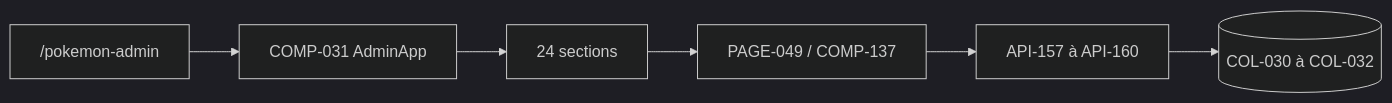
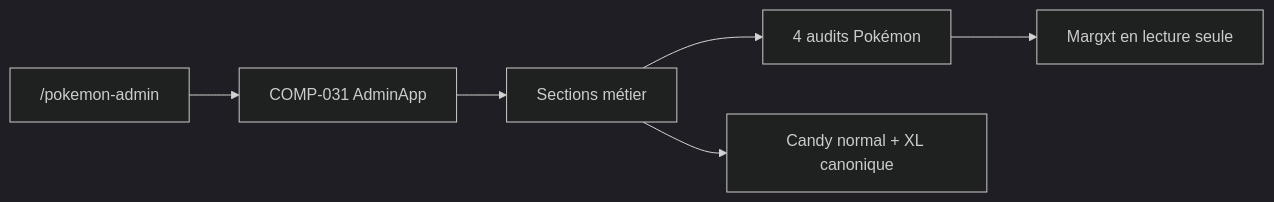
The diagram in docs/Tome 1 — Foundation (Fondations)/DOC-011-dashboard-overview.md (Matthieu-Vachet/dashboard_Admin), drawn with Mermaid (dark theme) before and after one commit. The commit also changed other lines of this file and 77 other files, not shown here.

````diff
--- a/docs/Tome 1 — Foundation (Fondations)/DOC-011-dashboard-overview.md
+++ b/docs/Tome 1 — Foundation (Fondations)/DOC-011-dashboard-overview.md
@@ -71,8 +70,8 @@
 ```mermaid
 flowchart LR
   PAGE["/pokemon-admin"] --> APP["COMP-031 AdminApp"]
-  APP --> SECTIONS["24 sections"]
-  SECTIONS --> PERSONAL["PAGE-049 / COMP-137"]
-  PERSONAL --> ROUTES["API-157 à API-160"]
-  ROUTES --> MONGO[("COL-030 à COL-032")]
+  APP --> SECTIONS["Sections métier"]
+  SECTIONS --> AUDITS["4 audits Pokémon"]
+  AUDITS --> SOURCES["Margxt en lecture seule"]
+  SECTIONS --> CANDY["Candy normal + XL canonique"]
 ```
````
